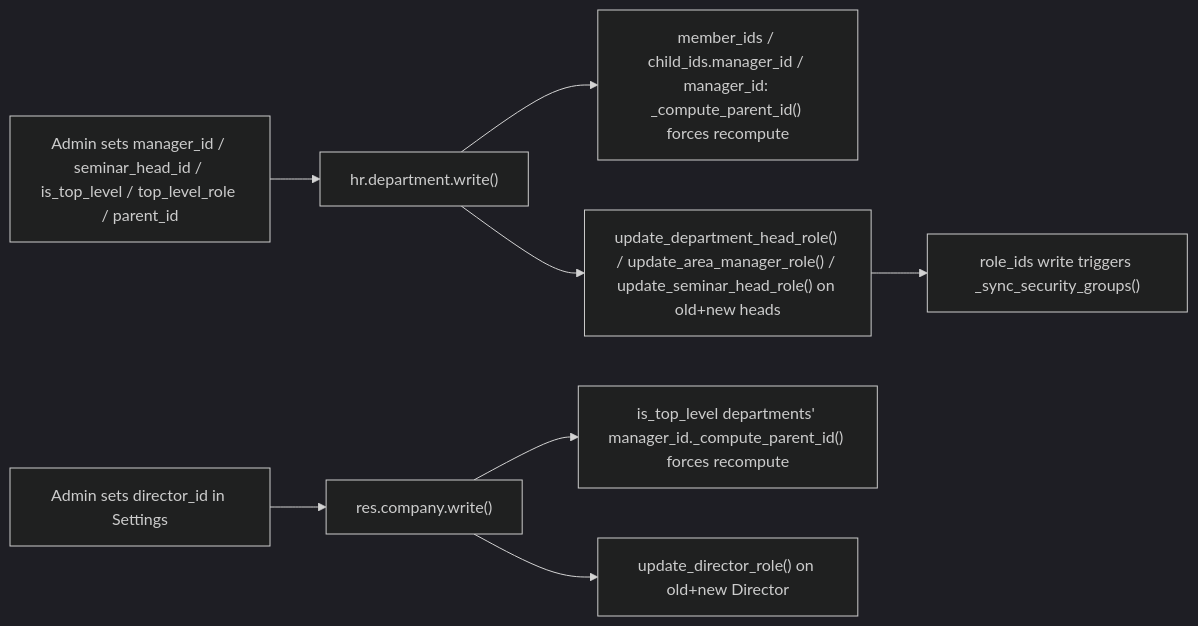
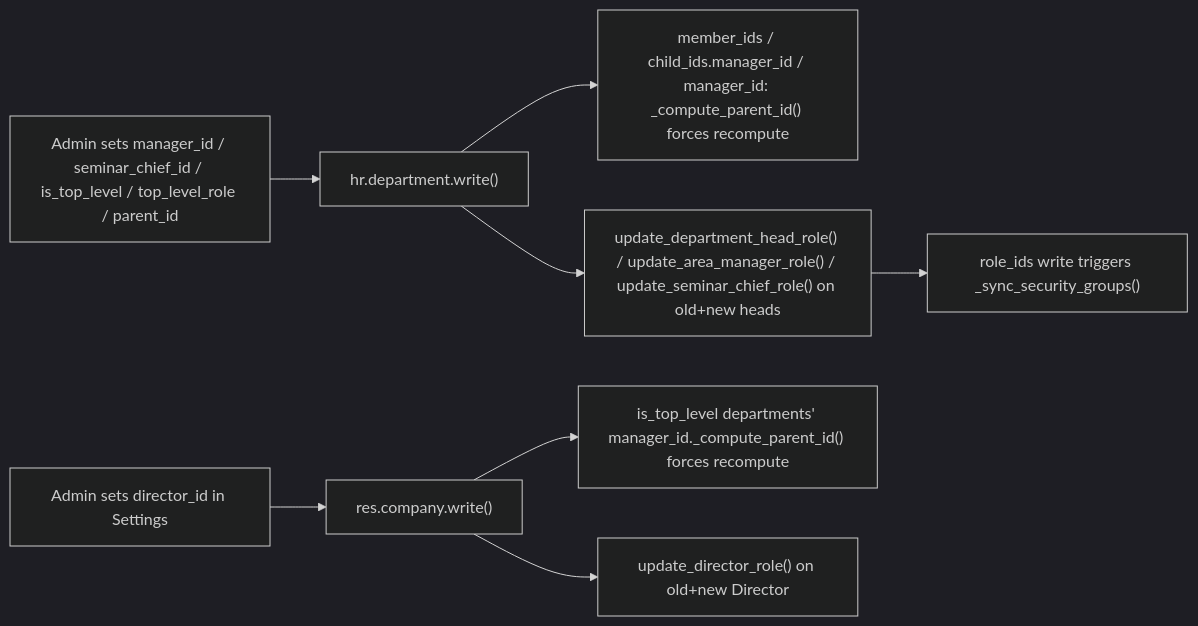
The second of 2 diagrams in docs/en/developers/employees/department.md (ElPuig/EMS), drawn with Mermaid (dark theme) before and after one commit. The commit also changed other lines of this file and 9 other files, not shown here.

````diff
--- a/docs/en/developers/employees/department.md
+++ b/docs/en/developers/employees/department.md
@@ -59,10 +59,10 @@
 ```mermaid
 flowchart LR
-    A["Admin sets manager_id / seminar_head_id / is_top_level / top_level_role / parent_id"] --> B["hr.department.write()"]
+    A["Admin sets manager_id / seminar_chief_id / is_top_level / top_level_role / parent_id"] --> B["hr.department.write()"]
     B --> C["member_ids / child_ids.manager_id / manager_id: _compute_parent_id() forces recompute"]
-    B --> D["update_department_head_role() / update_area_manager_role() / update_seminar_head_role() on old+new heads"]
+    B --> D["update_department_head_role() / update_area_manager_role() / update_seminar_chief_role() on old+new heads"]
     D --> E["role_ids write triggers _sync_security_groups()"]
     F["Admin sets director_id in Settings"] --> G["res.company.write()"]
     G --> H["is_top_level departments' manager_id._compute_parent_id() forces recompute"]
     G --> I["update_director_role() on old+new Director"]
 ```
````
